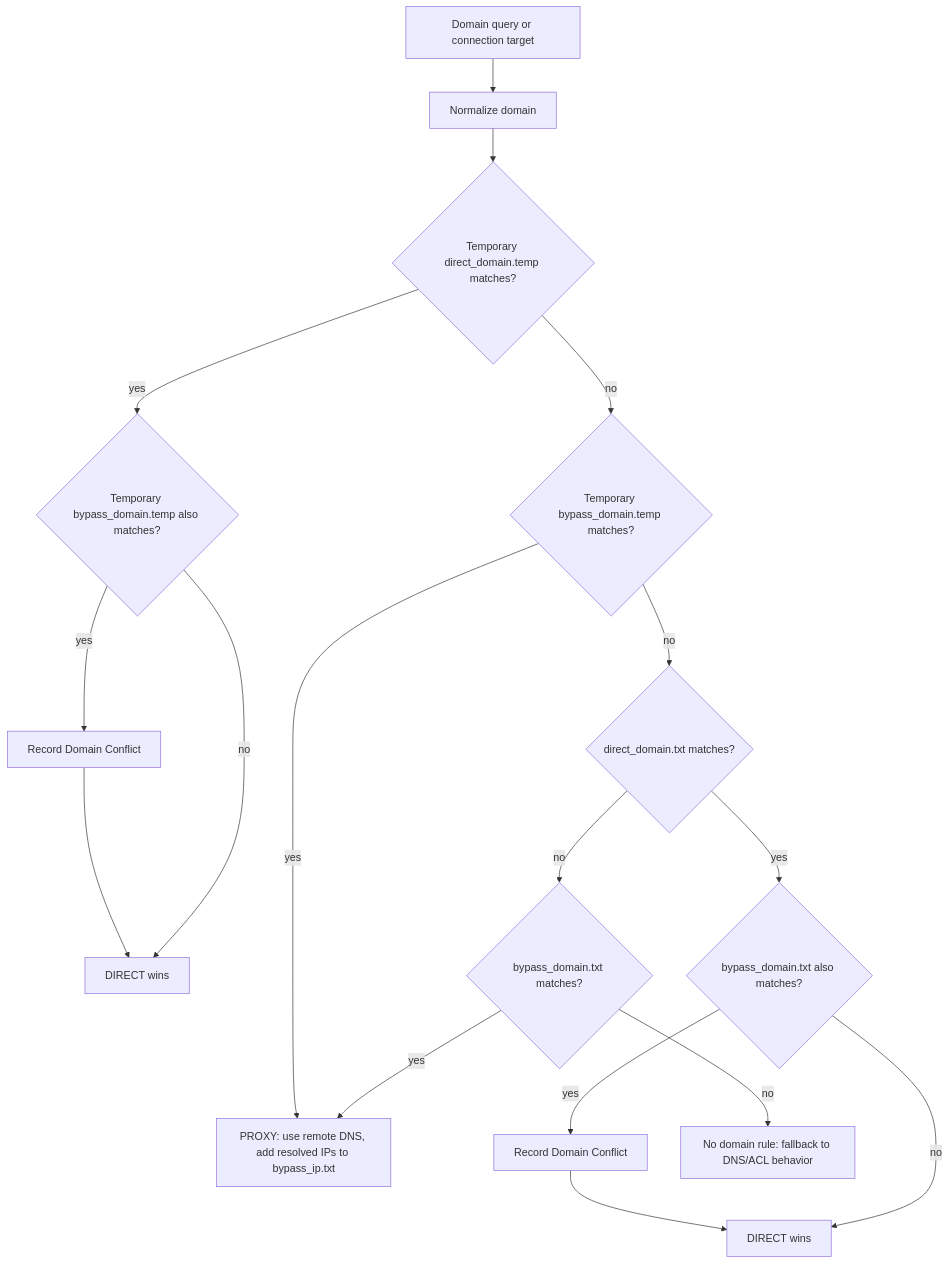
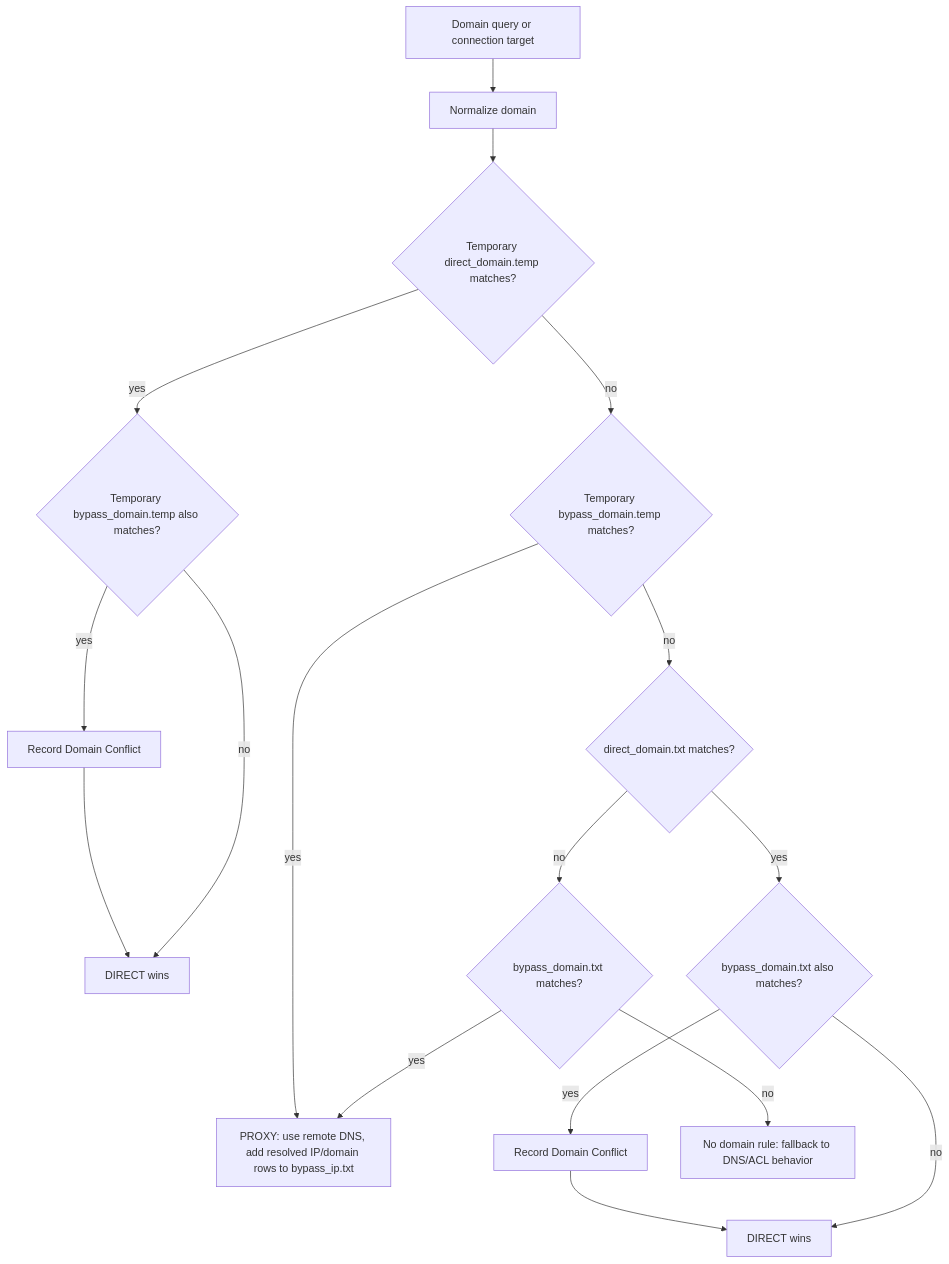
Before and after one commit to xiedeacc/shadowsocks-rust: the first of 6 diagrams in ROUTING_LOGIC_FLOW.md, drawn with Mermaid. The commit also changed other lines of this file and 3 other files, not shown here.

Commit message:
Record domains for learned bypass IPs

````diff
--- a/ROUTING_LOGIC_FLOW.md
+++ b/ROUTING_LOGIC_FLOW.md
@@ -8,19 +8,19 @@
 ```mermaid
 flowchart TD
     A[Domain query or connection target] --> B[Normalize domain]
     B --> C{Temporary direct_domain.temp matches?}
     C -- yes --> D{Temporary bypass_domain.temp also matches?}
     D -- yes --> E[Record Domain Conflict]
     E --> F[DIRECT wins]
     D -- no --> F
     C -- no --> G{Temporary bypass_domain.temp matches?}
-    G -- yes --> H[PROXY: use remote DNS, add resolved IPs to bypass_ip.txt]
+    G -- yes --> H[PROXY: use remote DNS, add resolved IP/domain rows to bypass_ip.txt]
     G -- no --> I{direct_domain.txt matches?}
     I -- yes --> J{bypass_domain.txt also matches?}
     J -- yes --> K[Record Domain Conflict]
     K --> L[DIRECT wins]
     J -- no --> L
     I -- no --> M{bypass_domain.txt matches?}
     M -- yes --> H
     M -- no --> N[No domain rule: fallback to DNS/ACL behavior]
 ```
````
